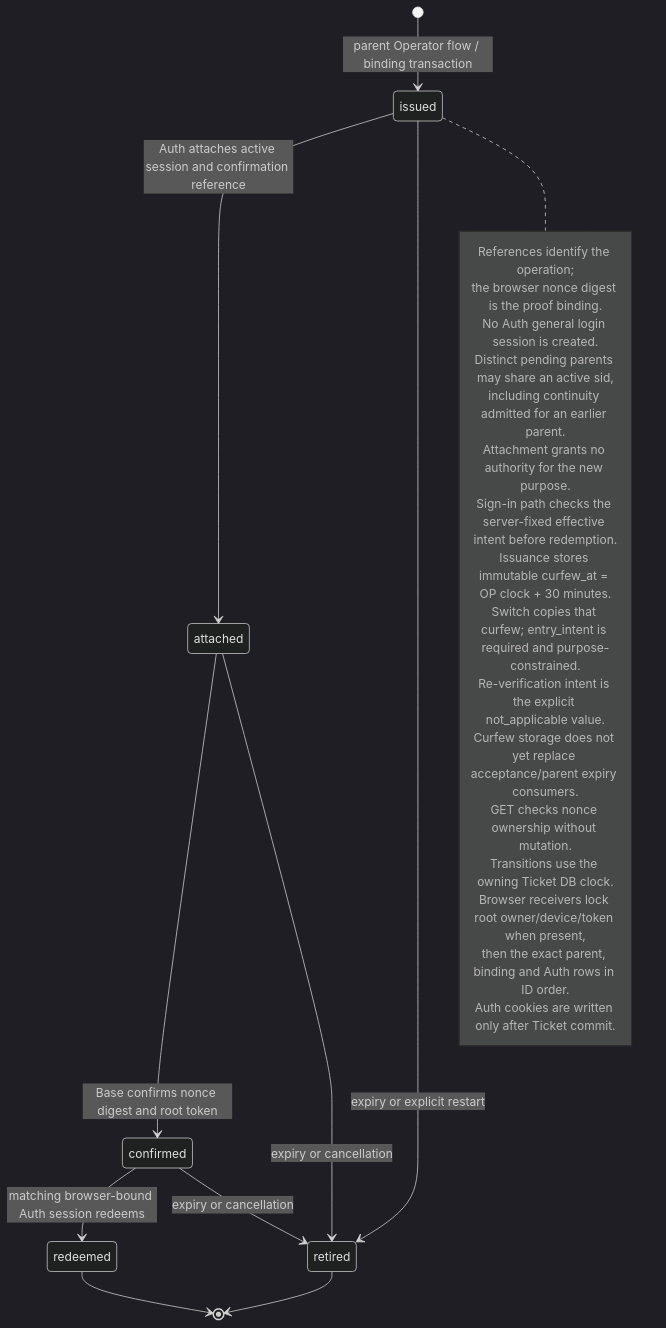
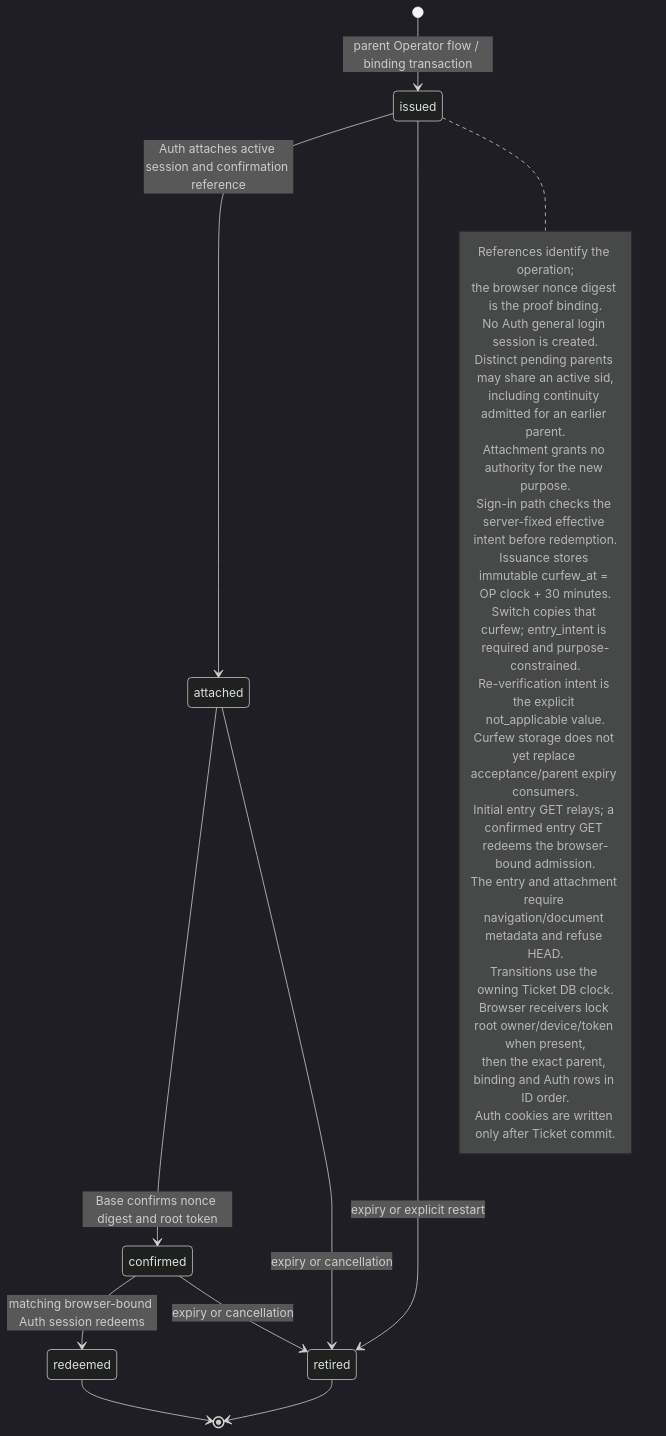
Before and after one commit to seahal/umaxica-apps-jit-global: the diagram in docs/mermaid/idp-operator-auth-admission-binding.mmd, drawn with Mermaid (dark theme). The commit also changed 3609 other files, not shown here.

```diff
--- a/docs/mermaid/idp-operator-auth-admission-binding.mmd
+++ b/docs/mermaid/idp-operator-auth-admission-binding.mmd
@@ -1,29 +1,30 @@
 stateDiagram-v2
     %% Realm-specific rendering of the shared D-82 Base/Auth admission contract.
     [*] --> issued: parent Operator flow / binding transaction
     issued --> attached: Auth attaches active session and confirmation reference
     issued --> retired: expiry or explicit restart
     attached --> confirmed: Base confirms nonce digest and root token
     attached --> retired: expiry or cancellation
     confirmed --> redeemed: matching browser-bound Auth session redeems
     confirmed --> retired: expiry or cancellation
     redeemed --> [*]
     retired --> [*]
     note right of issued
         References identify the operation;
         the browser nonce digest is the proof binding.
         No Auth general login session is created.
         Distinct pending parents may share an active sid,
         including continuity admitted for an earlier parent.
         Attachment grants no authority for the new purpose.
         Sign-in path checks the server-fixed effective intent before redemption.
         Issuance stores immutable curfew_at = OP clock + 30 minutes.
         Switch copies that curfew; entry_intent is required and purpose-constrained.
         Re-verification intent is the explicit not_applicable value.
         Curfew storage does not yet replace acceptance/parent expiry consumers.
-        GET checks nonce ownership without mutation.
+        Initial entry GET relays; a confirmed entry GET redeems the browser-bound admission.
+        The entry and attachment require navigation/document metadata and refuse HEAD.
         Transitions use the owning Ticket DB clock.
         Browser receivers lock root owner/device/token when present,
         then the exact parent, binding and Auth rows in ID order.
         Auth cookies are written only after Ticket commit.
     end note
```
